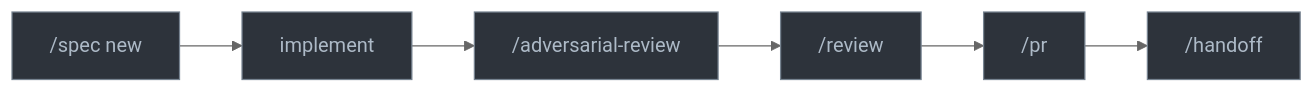
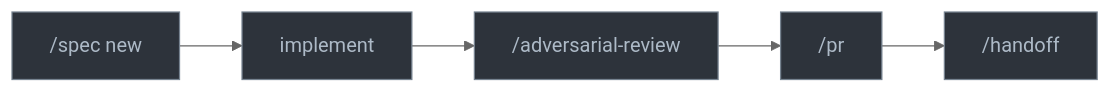
Before and after one commit to kpeez/agent-toolbox: the diagram in README.md, drawn with Mermaid (neutral theme). The commit also changed other lines of this file and 10 other files, not shown here.

````diff
--- a/README.md
+++ b/README.md
@@ -153,15 +101,13 @@
 ```mermaid
 graph LR
   A["/spec new"] --> B["implement"]
   B --> C["/adversarial-review"]
-  C --> D["/review"]
-  D --> E["/pr"]
-  E --> F["/handoff"]
+  C --> D["/pr"]
+  D --> E["/handoff"]
 
 style A fill:#2d333b,stroke:#768390,color:#adbac7
 style B fill:#2d333b,stroke:#768390,color:#adbac7
 style C fill:#2d333b,stroke:#768390,color:#adbac7
 style D fill:#2d333b,stroke:#768390,color:#adbac7
 style E fill:#2d333b,stroke:#768390,color:#adbac7
-style F fill:#2d333b,stroke:#768390,color:#adbac7
 ```
````
